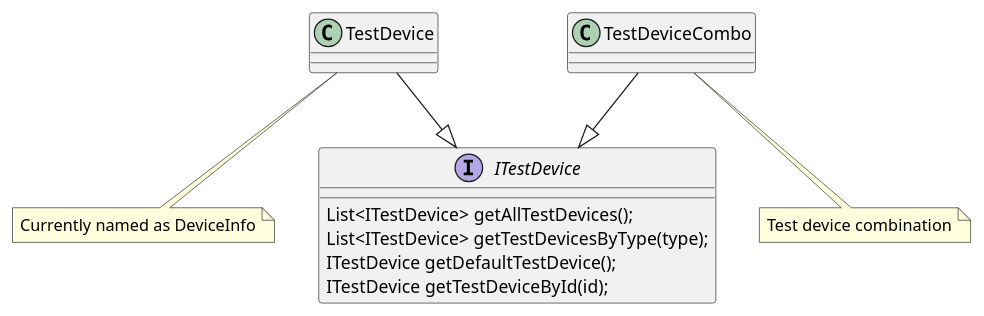
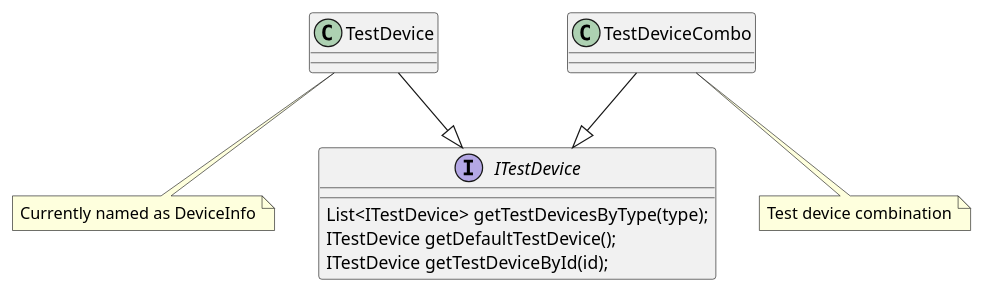
The second of 2 diagrams in agent/doc/UML/agent_device_management_design.puml (microsoft/HydraLab), drawn with PlantUML before and after one commit.

```diff
--- a/agent/doc/UML/agent_device_management_design.puml
+++ b/agent/doc/UML/agent_device_management_design.puml
@@ -32,20 +32,19 @@
 @startuml test_device
 'https://plantuml.com/class-diagram
 interface ITestDevice {
-    List<ITestDevice> getAllTestDevices();
     List<ITestDevice> getTestDevicesByType(type);
     ITestDevice getDefaultTestDevice();
     ITestDevice getTestDeviceById(id);
 }
 class TestDevice
 note bottom of TestDevice
 Currently named as DeviceInfo
 end note
 class TestDeviceCombo
 note bottom of TestDeviceCombo
 Test device combination
 end note
 
 TestDevice --|> ITestDevice
 TestDeviceCombo --|> ITestDevice
 @enduml
```
